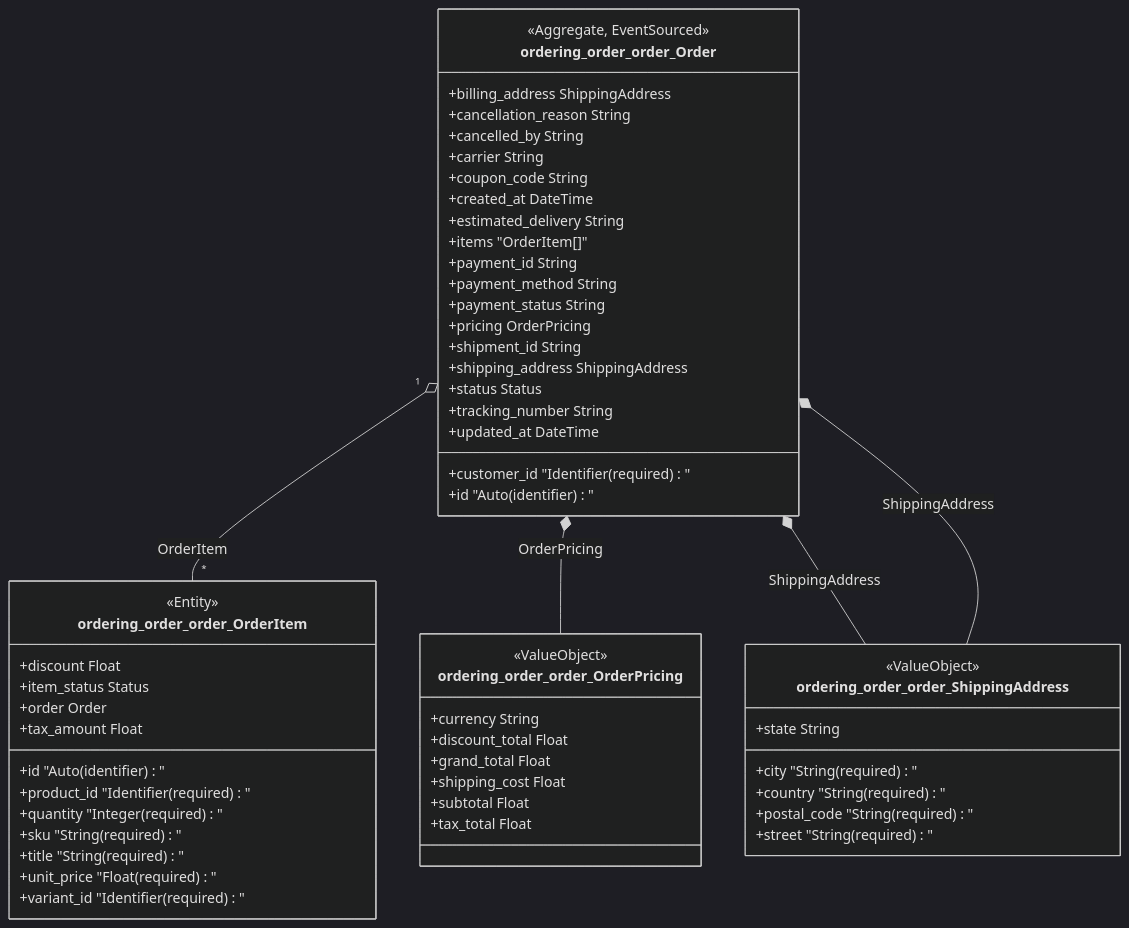
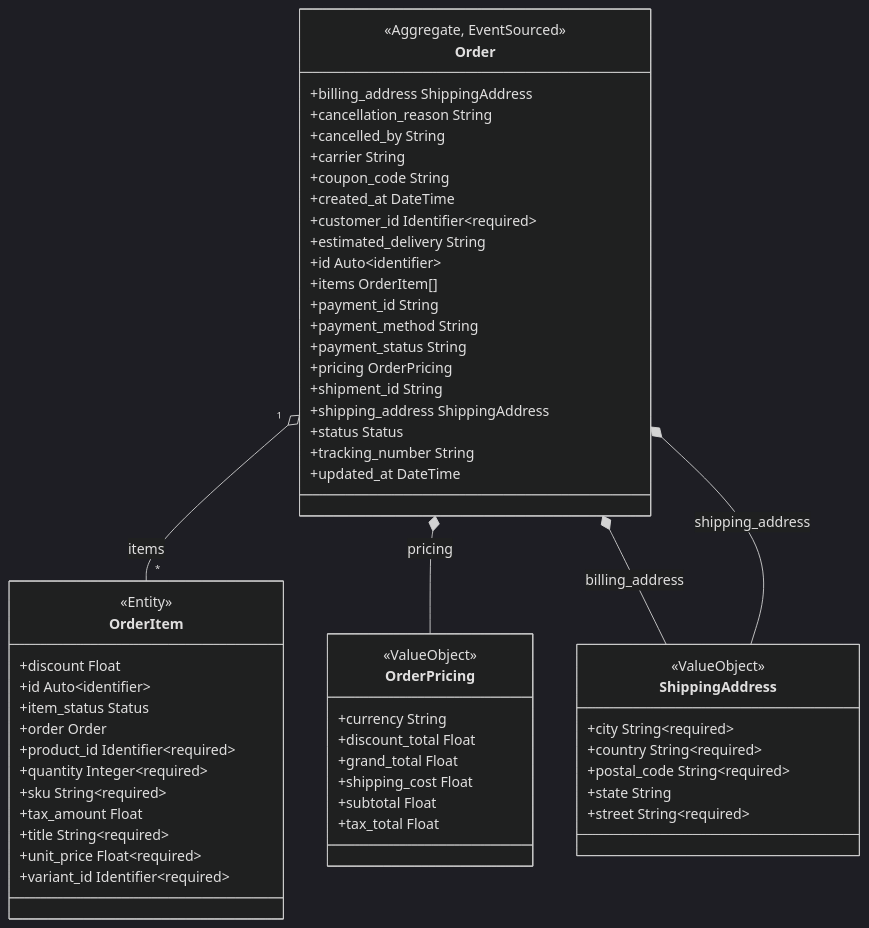
One commit to proteanhq/shopstream changed the second of 2 diagrams in docs/ordering/clusters.md. Above: the diagram before and after it, drawn with Mermaid (dark theme). The commit also changed other lines of this file and 24 other files, not shown here.

First line of the commit message:
Regenerate docs with improved Mermaid diagrams from upstream Protean fixes

````diff
--- a/docs/ordering/clusters.md
+++ b/docs/ordering/clusters.md
@@ -31,60 +31,60 @@
 ```mermaid
 classDiagram
-    class ordering_order_order_Order {
+    class ordering_order_order_Order["Order"] {
         <<Aggregate, EventSourced>>
         +billing_address ShippingAddress
         +cancellation_reason String
         +cancelled_by String
         +carrier String
         +coupon_code String
         +created_at DateTime
-        +customer_id "Identifier (required)"
+        +customer_id Identifier~required~
         +estimated_delivery String
-        +id "Auto (identifier)"
-        +items "OrderItem[]"
+        +id Auto~identifier~
+        +items OrderItem[]
         +payment_id String
         +payment_method String
         +payment_status String
         +pricing OrderPricing
         +shipment_id String
         +shipping_address ShippingAddress
         +status Status
         +tracking_number String
         +updated_at DateTime
     }
-    class ordering_order_order_OrderItem {
+    class ordering_order_order_OrderItem["OrderItem"] {
         <<Entity>>
         +discount Float
-        +id "Auto (identifier)"
+        +id Auto~identifier~
         +item_status Status
         +order Order
-        +product_id "Identifier (required)"
-        +quantity "Integer (required)"
-        +sku "String (required)"
+        +product_id Identifier~required~
+        +quantity Integer~required~
+        +sku String~required~
         +tax_amount Float
-        +title "String (required)"
-        +unit_price "Float (required)"
-        +variant_id "Identifier (required)"
+        +title String~required~
+        +unit_price Float~required~
+        +variant_id Identifier~required~
     }
-    ordering_order_order_Order "1" o-- "*" ordering_order_order_OrderItem : OrderItem
-    class ordering_order_order_OrderPricing {
+    ordering_order_order_Order "1" o-- "*" ordering_order_order_OrderItem : items
+    class ordering_order_order_OrderPricing["OrderPricing"] {
         <<ValueObject>>
         +currency String
         +discount_total Float
         +grand_total Float
         +shipping_cost Float
         +subtotal Float
         +tax_total Float
     }
-    ordering_order_order_Order *-- ordering_order_order_OrderPricing : OrderPricing
-    class ordering_order_order_ShippingAddress {
+    ordering_order_order_Order *-- ordering_order_order_OrderPricing : pricing
+    class ordering_order_order_ShippingAddress["ShippingAddress"] {
         <<ValueObject>>
-        +city "String (required)"
-        +country "String (required)"
-        +postal_code "String (required)"
+        +city String~required~
+        +country String~required~
+        +postal_code String~required~
         +state String
-        +street "String (required)"
+        +street String~required~
     }
-    ordering_order_order_Order *-- ordering_order_order_ShippingAddress : ShippingAddress
-    ordering_order_order_Order *-- ordering_order_order_ShippingAddress : ShippingAddress
+    ordering_order_order_Order *-- ordering_order_order_ShippingAddress : billing_address
+    ordering_order_order_Order *-- ordering_order_order_ShippingAddress : shipping_address
 ```
````
